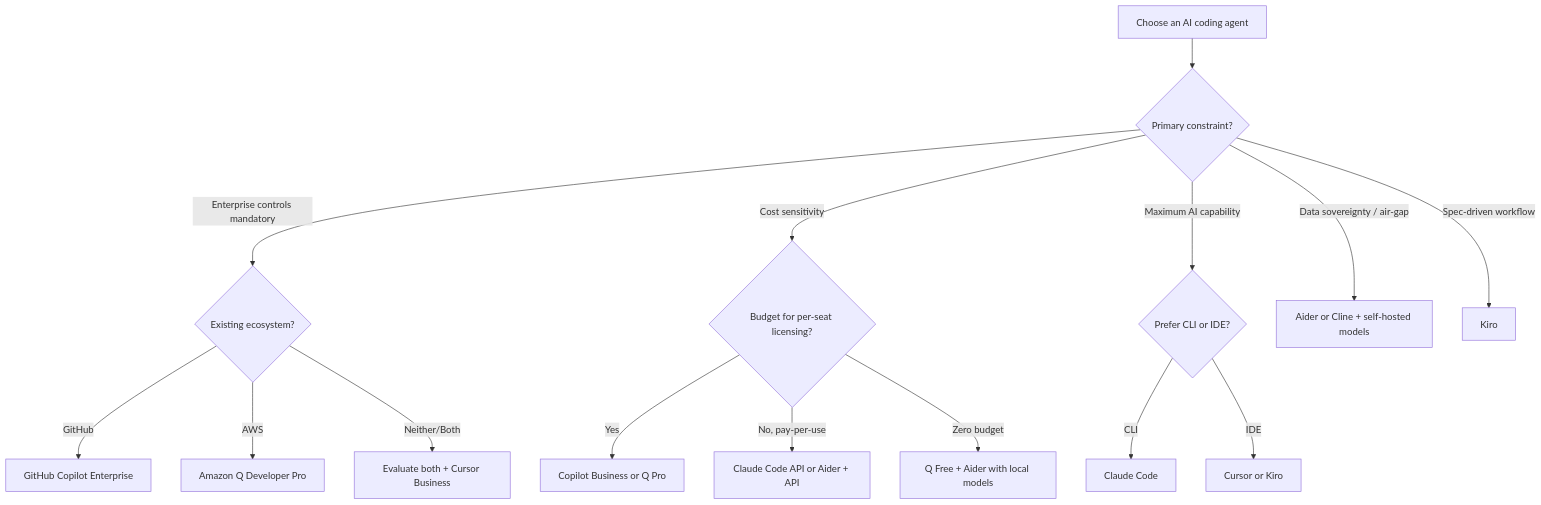
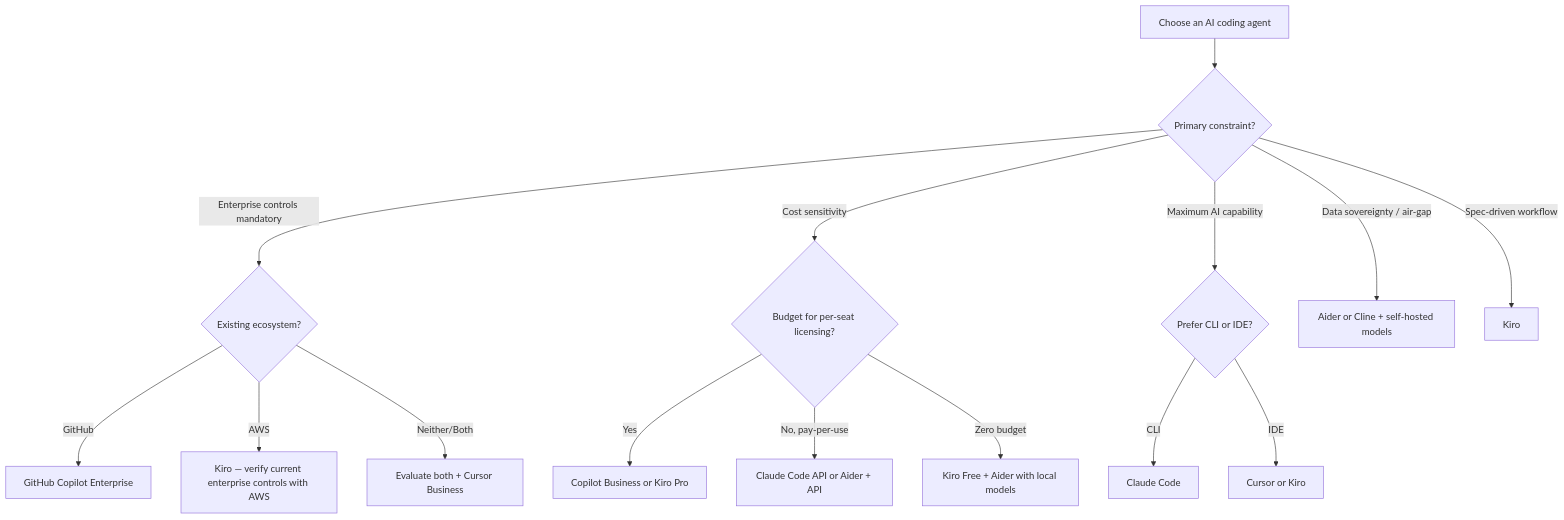
Before and after one commit to bernardmendonca/ai-engineering-playbook: the diagram in ai-coding-agents/agent-landscape.md, drawn with Mermaid. The commit also changed other lines of this file and 16 other files, not shown here.

````diff
--- a/ai-coding-agents/agent-landscape.md
+++ b/ai-coding-agents/agent-landscape.md
@@ -349,22 +332,22 @@
 ```mermaid
 flowchart TD
     A[Choose an AI coding agent] --> B{Primary constraint?}
 
     B -->|Enterprise controls mandatory| C{Existing ecosystem?}
     C -->|GitHub| D[GitHub Copilot Enterprise]
-    C -->|AWS| E[Amazon Q Developer Pro]
+    C -->|AWS| E[Kiro — verify current enterprise controls with AWS]
     C -->|Neither/Both| F[Evaluate both + Cursor Business]
 
     B -->|Cost sensitivity| G{Budget for per-seat licensing?}
-    G -->|Yes| H[Copilot Business or Q Pro]
+    G -->|Yes| H[Copilot Business or Kiro Pro]
     G -->|No, pay-per-use| I[Claude Code API or Aider + API]
-    G -->|Zero budget| J[Q Free + Aider with local models]
+    G -->|Zero budget| J[Kiro Free + Aider with local models]
 
     B -->|Maximum AI capability| K{Prefer CLI or IDE?}
     K -->|CLI| L[Claude Code]
     K -->|IDE| M[Cursor or Kiro]
 
     B -->|Data sovereignty / air-gap| N[Aider or Cline + self-hosted models]
 
     B -->|Spec-driven workflow| O[Kiro]
 ```
````
